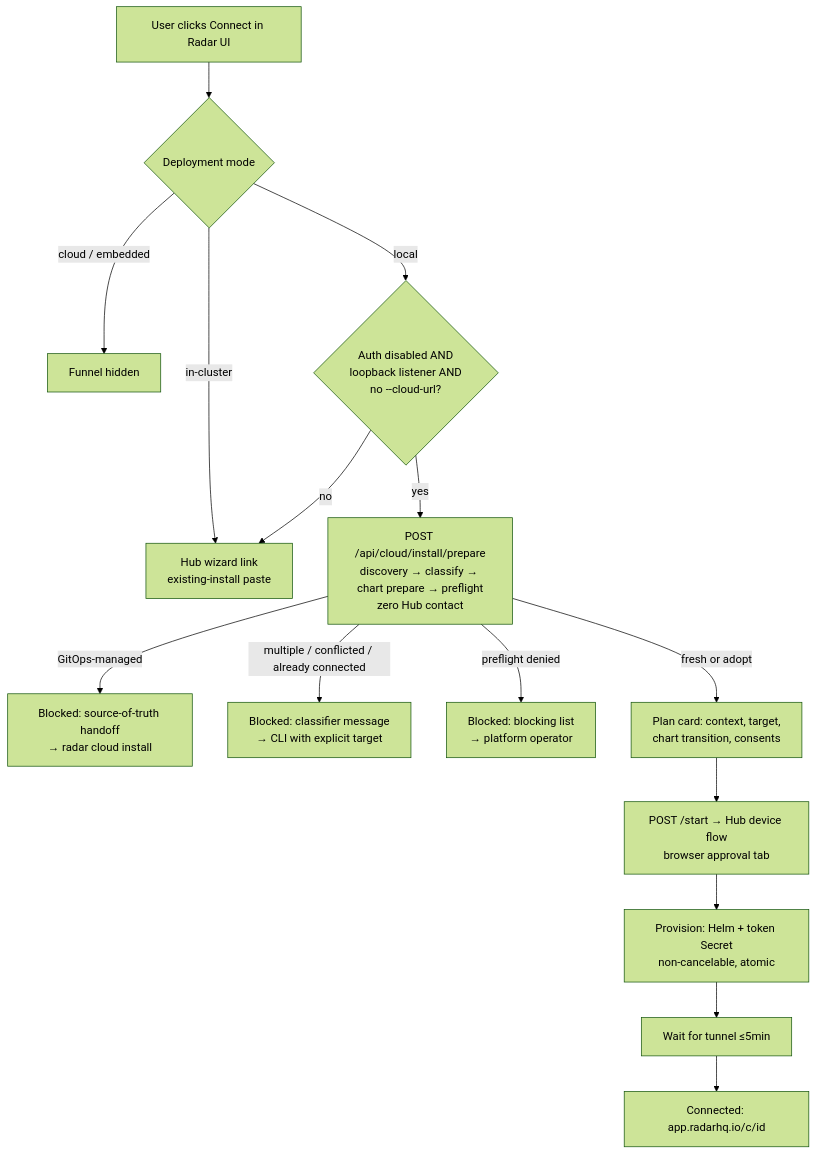
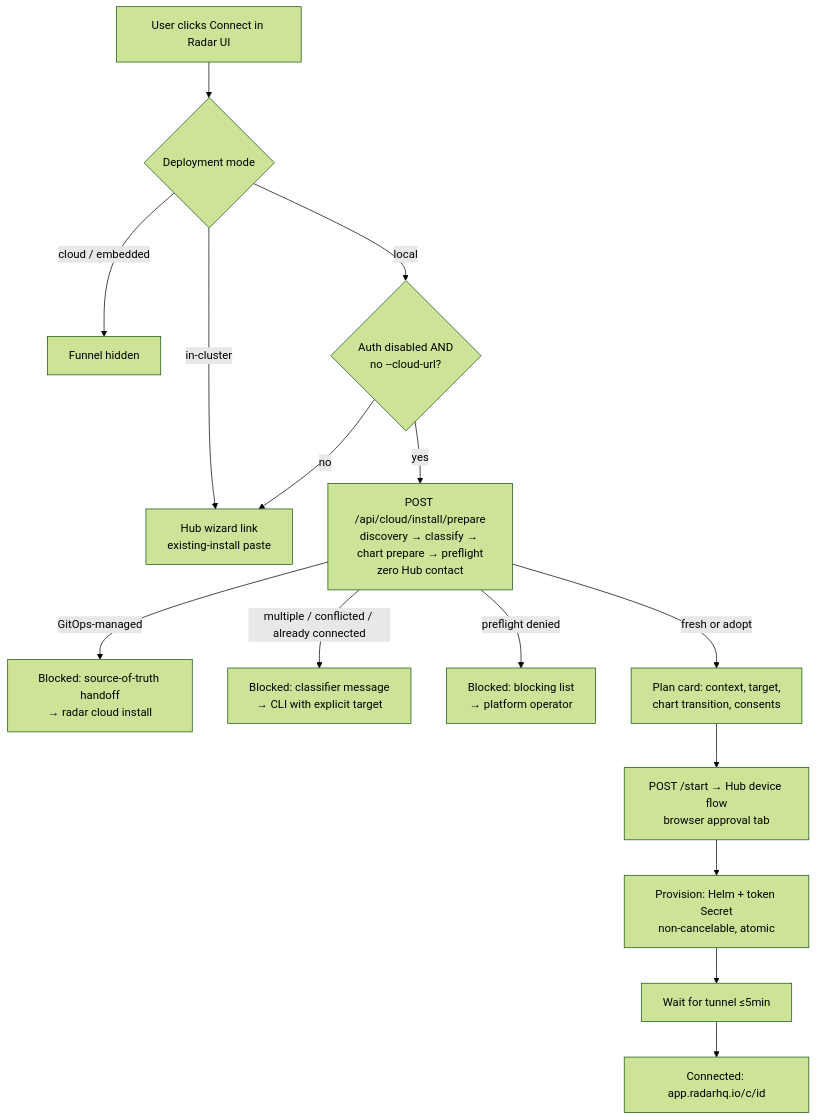
Before and after one commit to skyhook-io/radar: the first of 2 diagrams in docs/cloud-connect.md, drawn with Mermaid (forest theme). The commit also changed other lines of this file and 5 other files, not shown here.

First line of the commit message:
Stop gating the driver lane on a loopback listener

````diff
--- a/docs/cloud-connect.md
+++ b/docs/cloud-connect.md
@@ -43,17 +43,17 @@
 ```mermaid
 flowchart TD
     A[User clicks Connect in Radar UI] --> B{Deployment mode}
     B -->|cloud / embedded| Z[Funnel hidden]
     B -->|in-cluster| W["Hub wizard link<br/>existing-install paste"]
-    B -->|local| C{"Auth disabled AND<br/>loopback listener AND<br/>no --cloud-url?"}
+    B -->|local| C{"Auth disabled AND<br/>no --cloud-url?"}
     C -->|no| W
     C -->|yes| D["POST /api/cloud/install/prepare<br/>discovery → classify → chart prepare → preflight<br/>zero Hub contact"]
     D -->|GitOps-managed| G["Blocked: source-of-truth handoff<br/>→ radar cloud install"]
     D -->|multiple / conflicted / already connected| G2["Blocked: classifier message<br/>→ CLI with explicit target"]
     D -->|preflight denied| G3["Blocked: blocking list<br/>→ platform operator"]
     D -->|fresh or adopt| E["Plan card: context, target,<br/>chart transition, consents"]
     E --> F["POST /start → Hub device flow<br/>browser approval tab"]
     F --> H["Provision: Helm + token Secret<br/>non-cancelable, atomic"]
     H --> I["Wait for tunnel ≤5min"]
     I --> J["Connected: app.radarhq.io/c/id"]
 ```
````
